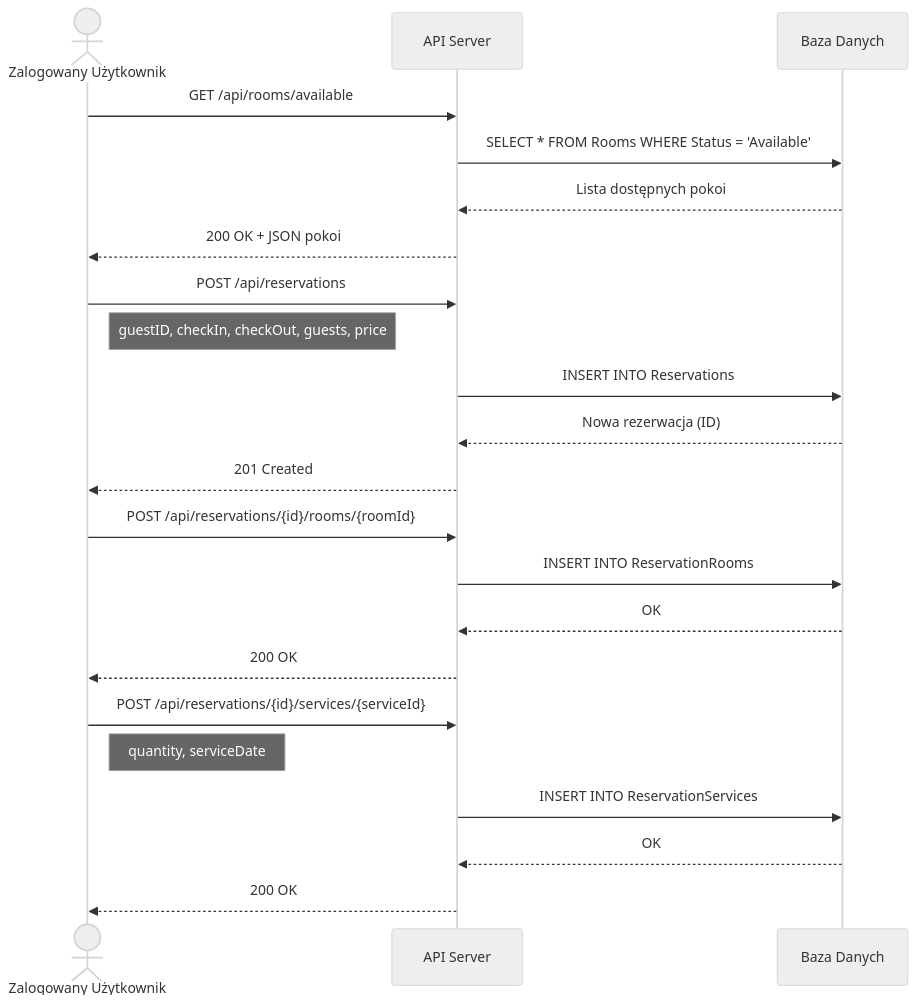
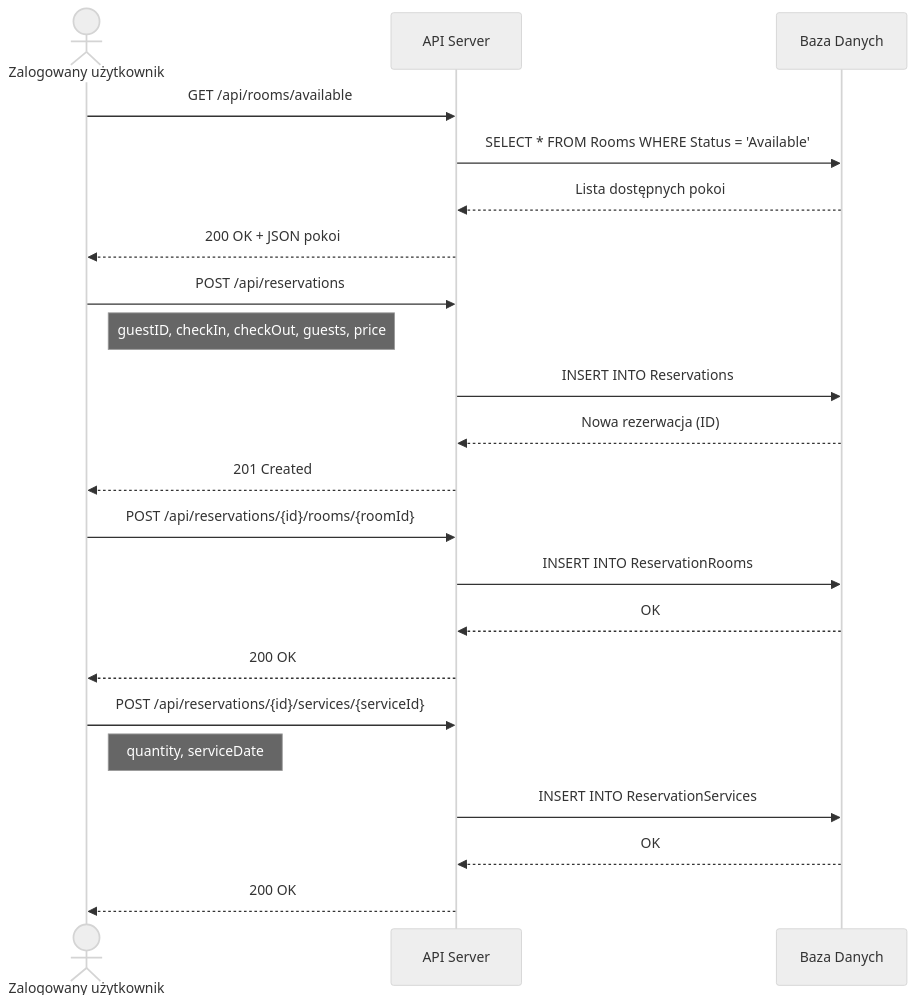
The seventh of 9 diagrams in TB_NowyFolder/Documentation/UML_Diagrams.md (chamage/TB_NowyFolder), drawn with Mermaid (neutral theme) before and after one commit. The commit also changed other lines of this file and 5 other files, not shown here.

````diff
--- a/TB_NowyFolder/Documentation/UML_Diagrams.md
+++ b/TB_NowyFolder/Documentation/UML_Diagrams.md
@@ -272,28 +282,28 @@
 ```mermaid
 sequenceDiagram
-    actor Klient as Zalogowany Użytkownik
+    actor Klient as Zalogowany użytkownik
     participant API as API Server
     participant DB as Baza Danych
 
     Klient->>API: GET /api/rooms/available
     API->>DB: SELECT * FROM Rooms WHERE Status = 'Available'
     DB-->>API: Lista dostępnych pokoi
     API-->>Klient: 200 OK + JSON pokoi
 
     Klient->>API: POST /api/reservations
     Note right of Klient: guestID, checkIn, checkOut, guests, price
     API->>DB: INSERT INTO Reservations
     DB-->>API: Nowa rezerwacja (ID)
     API-->>Klient: 201 Created
 
     Klient->>API: POST /api/reservations/{id}/rooms/{roomId}
     API->>DB: INSERT INTO ReservationRooms
     DB-->>API: OK
     API-->>Klient: 200 OK
 
     Klient->>API: POST /api/reservations/{id}/services/{serviceId}
     Note right of Klient: quantity, serviceDate
     API->>DB: INSERT INTO ReservationServices
     DB-->>API: OK
     API-->>Klient: 200 OK
 ```
````
